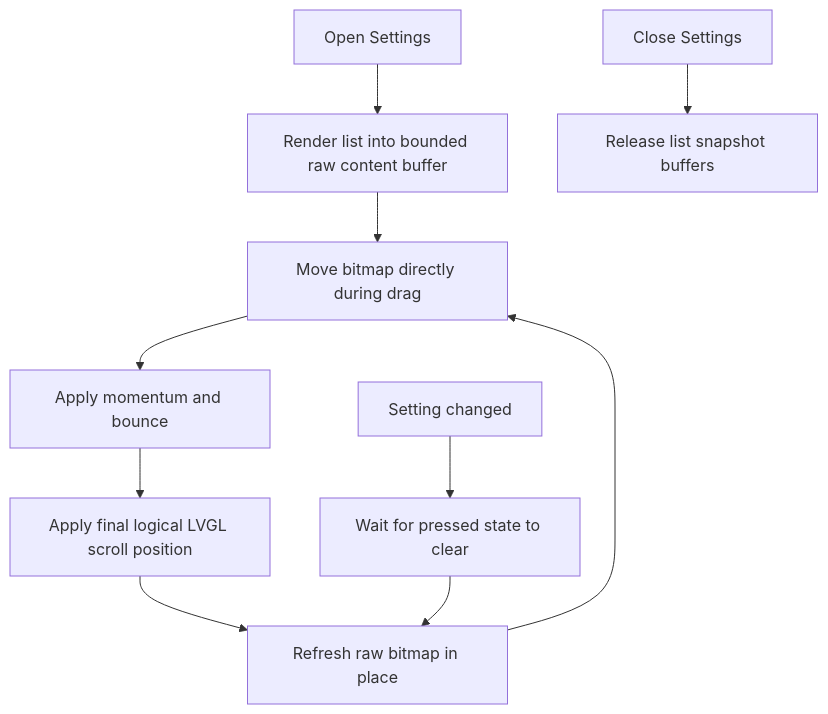
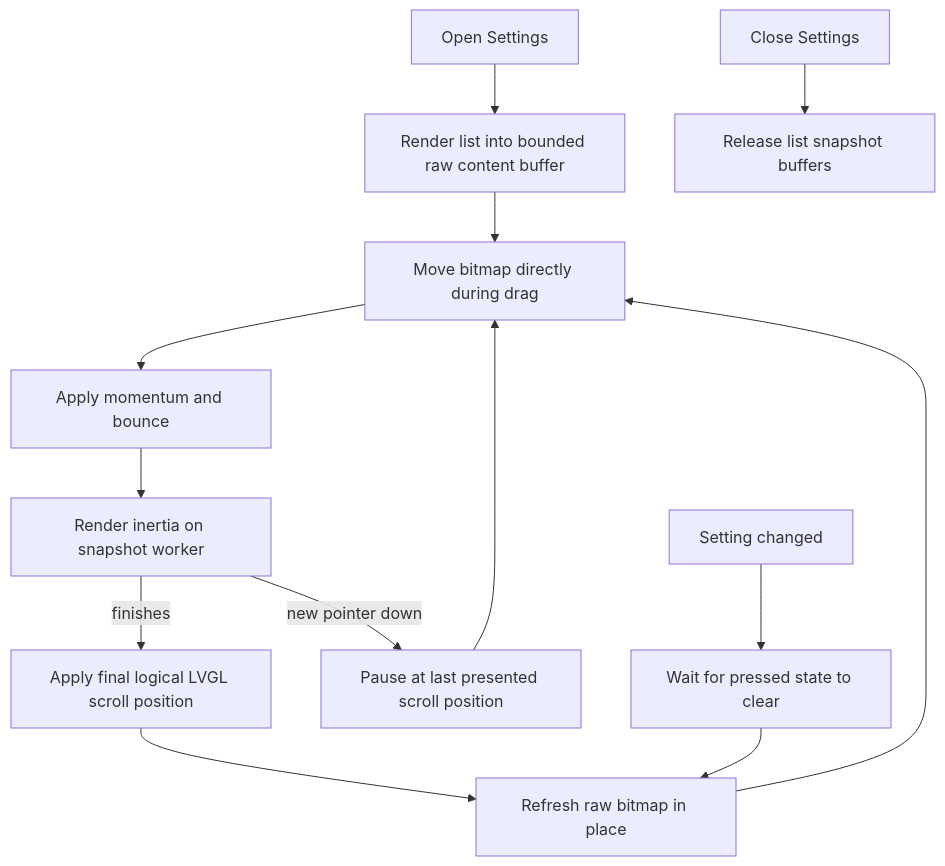
One commit to kyvaith/Atmosfera-Echo-Hub changed the fifth of 5 diagrams in docs/architecture/navigation-snapshots.md. Above: the diagram before and after it, drawn with Mermaid. The commit also changed other lines of this file and 6 other files, not shown here.

````diff
--- a/docs/architecture/navigation-snapshots.md
+++ b/docs/architecture/navigation-snapshots.md
@@ -232,12 +256,15 @@
 ```mermaid
 flowchart TD
     OPEN["Open Settings"] --> BUILD["Render list into bounded raw content buffer"]
     BUILD --> DRAG["Move bitmap directly during drag"]
     DRAG --> RELEASE["Apply momentum and bounce"]
-    RELEASE --> LOGICAL["Apply final logical LVGL scroll position"]
+    RELEASE --> INERTIA["Render inertia on snapshot worker"]
+    INERTIA -->|finishes| LOGICAL["Apply final logical LVGL scroll position"]
+    INERTIA -->|new pointer down| TAKEOVER["Pause at last presented scroll position"]
+    TAKEOVER --> DRAG
     LOGICAL --> REFRESH["Refresh raw bitmap in place"]
     REFRESH --> DRAG
     CHANGE["Setting changed"] --> DELAY["Wait for pressed state to clear"]
     DELAY --> REFRESH
     CLOSE["Close Settings"] --> FREE["Release list snapshot buffers"]
 ```
````
